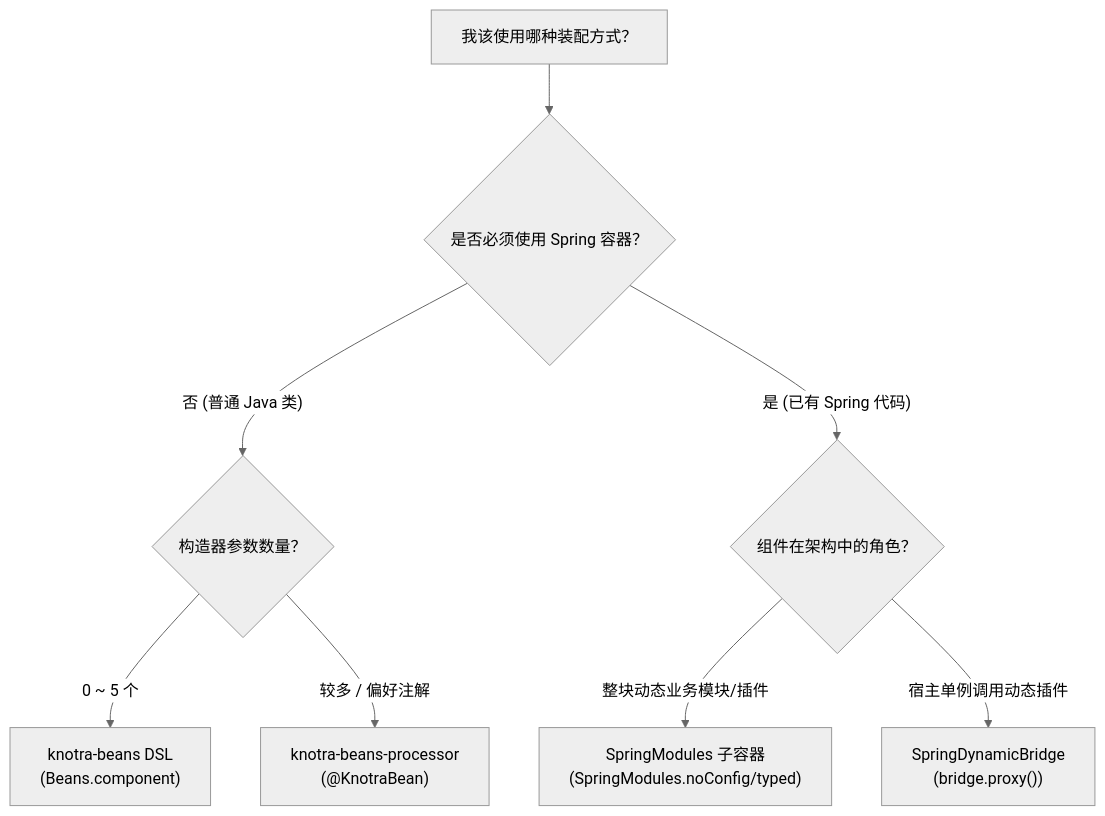
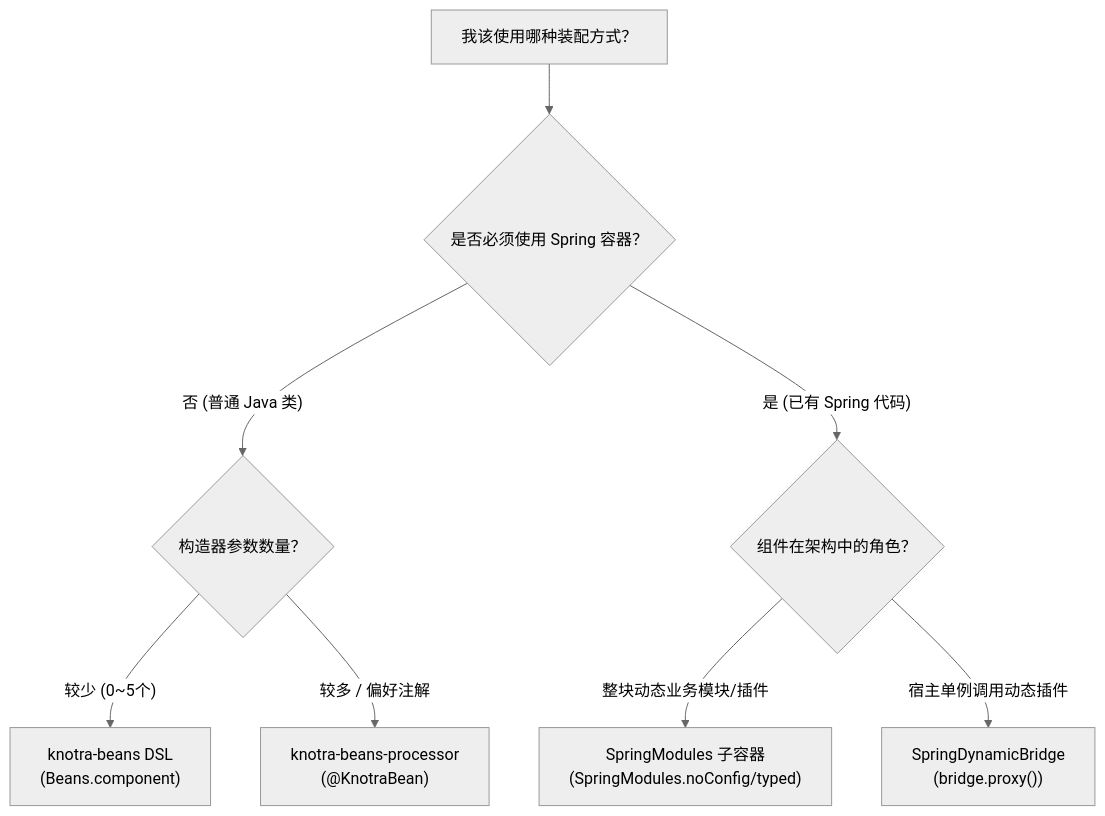
One commit to fjay/knotra changed the fourth of 4 diagrams in docs/Knotra Beans 与 Spring 集成指南.md. Above: the diagram before and after it, drawn with Mermaid (neutral theme). The commit also changed other lines of this file and 7 other files, not shown here.

````diff
--- a/docs/Knotra Beans 与 Spring 集成指南.md
+++ b/docs/Knotra Beans 与 Spring 集成指南.md
@@ -415,12 +417,12 @@
 ```mermaid
 graph TD
     start_decision["我该使用哪种装配方式？"] --> q_spring{"是否必须使用 Spring 容器？"}
 
     q_spring -->|"否 (普通 Java 类)"| q_args{"构造器参数数量？"}
-    q_args -->|"0 ~ 5 个"| res_pojo["knotra-beans DSL<br/>(Beans.component)"]
+    q_args -->|"较少 (0~5个)"| res_pojo["knotra-beans DSL<br/>(Beans.component)"]
     q_args -->|"较多 / 偏好注解"| res_proc["knotra-beans-processor<br/>(@KnotraBean)"]
 
     q_spring -->|"是 (已有 Spring 代码)"| q_role{"组件在架构中的角色？"}
     q_role -->|"整块动态业务模块/插件"| res_child["SpringModules 子容器<br/>(SpringModules.noConfig/typed)"]
     q_role -->|"宿主单例调用动态插件"| res_bridge["SpringDynamicBridge<br/>(bridge.proxy())"]
 ```
````
